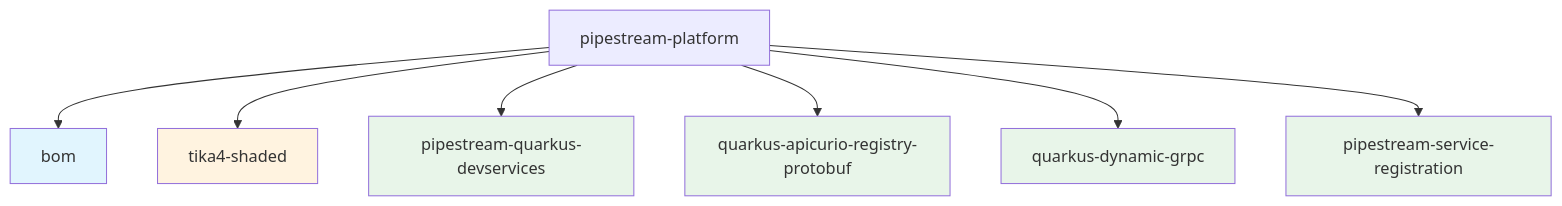
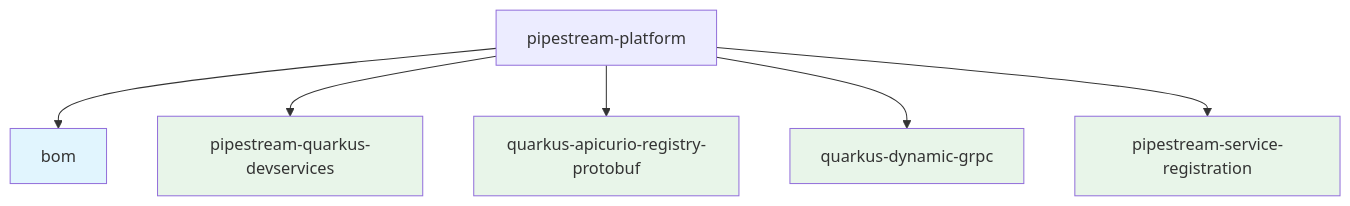
Before and after one commit to ai-pipestream/pipestream-quarkus-extensions: the diagram in README.md, drawn with Mermaid. The commit also changed other lines of this file and 9 other files, not shown here.

First line of the commit message:
chore: remove tika4-shaded from monorepo (now managed as separate independent project)

````diff
--- a/README.md
+++ b/README.md
@@ -36,20 +31,17 @@
 ```mermaid
 graph TD
     A[pipestream-platform] --> B[bom]
-    A --> C[tika4-shaded]
     A --> D[pipestream-quarkus-devservices]
     A --> E[quarkus-apicurio-registry-protobuf]
     A --> F[quarkus-dynamic-grpc]
     A --> G[pipestream-service-registration]
 
     B:::bom
-    C:::lib
     D:::ext
     E:::ext
     F:::ext
     G:::ext
 
     classDef bom fill:#e1f5fe
-    classDef lib fill:#fff3e0
     classDef ext fill:#e8f5e9
 ```
````
